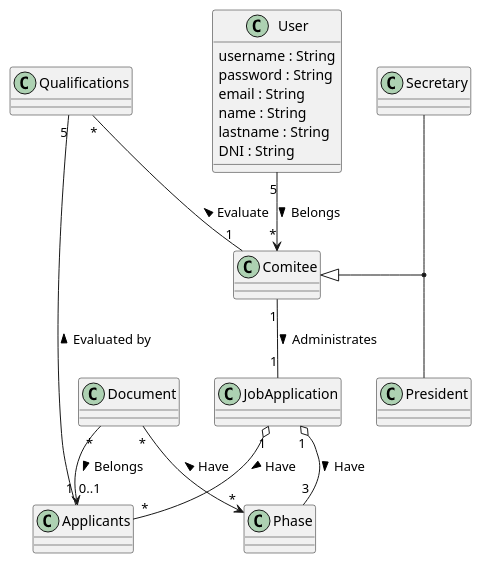
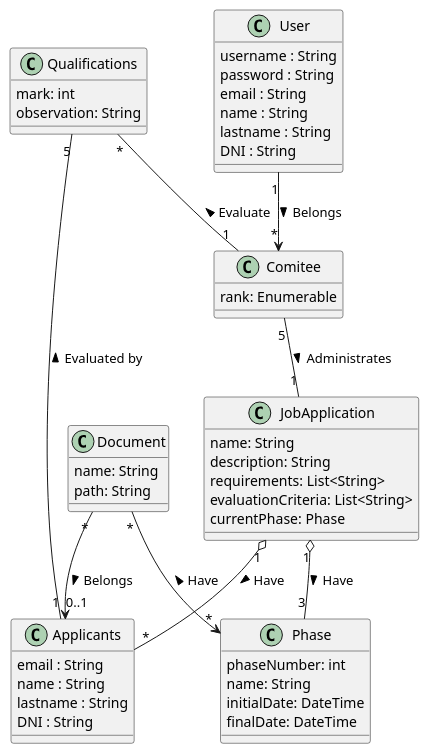
The diagram in uml.puml (UdL-EPS-SoftArch/AcademicRecruitAPI-GEI), drawn with PlantUML before and after one commit.

```diff
--- a/uml.puml
+++ b/uml.puml
@@ -1,45 +1,57 @@
 @startuml
 class User{
         username : String
         password : String
         email : String
         name : String
         lastname : String
         DNI : String
 }
 class Comitee{
-}
-
-class Secretary {
-}
-
-class President {
+  rank: Enumerable
 }
 
 
+
 class JobApplication {
+name: String
+description: String
+requirements: List<String>
+evaluationCriteria: List<String>
+currentPhase: Phase
 }
 
 class Phase {
+phaseNumber: int
+name: String
+initialDate: DateTime
+finalDate: DateTime
 }
 class Applicants {
+        email : String
+        name : String
+        lastname : String
+        DNI : String
 }
 class Qualifications {
+mark: int
+observation: String
 }
 class Document {
+name: String
+path: String
 }
 
-User "5" --> "*" Comitee:Belongs >
+User "1" --> "*" Comitee:Belongs >
 
 Qualifications "*" -- "1" Comitee:Evaluate <
 
-Comitee "1" -- "1" JobApplication:Administrates >
-Comitee <|-- (Secretary, President)
+Comitee "5" -- "1" JobApplication:Administrates >
 
 Document "*" --> "*" Phase:Have <
 JobApplication "1" o-- "3" Phase:Have > 
 
 JobApplication "1" o-- "*" Applicants:Have >
 Qualifications "5" -- "1" Applicants:Evaluated by < 
 Document "*" --> "0..1" Applicants:Belongs >
 @enduml
```
